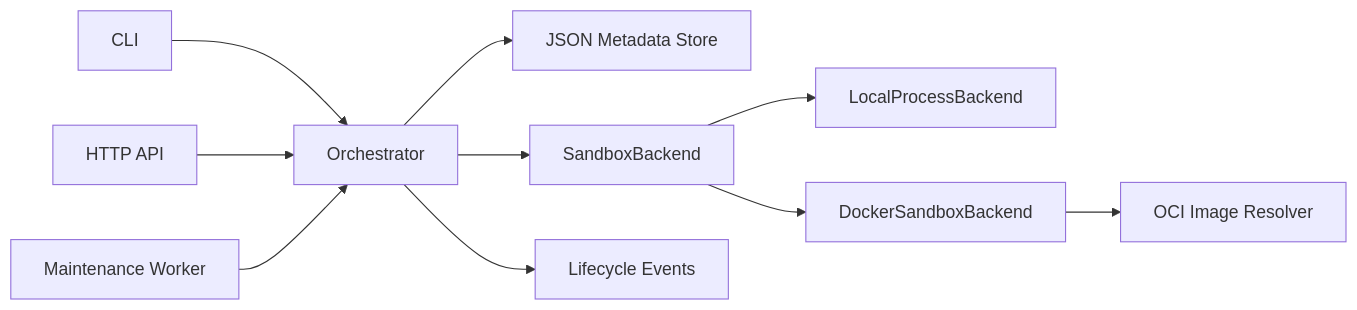
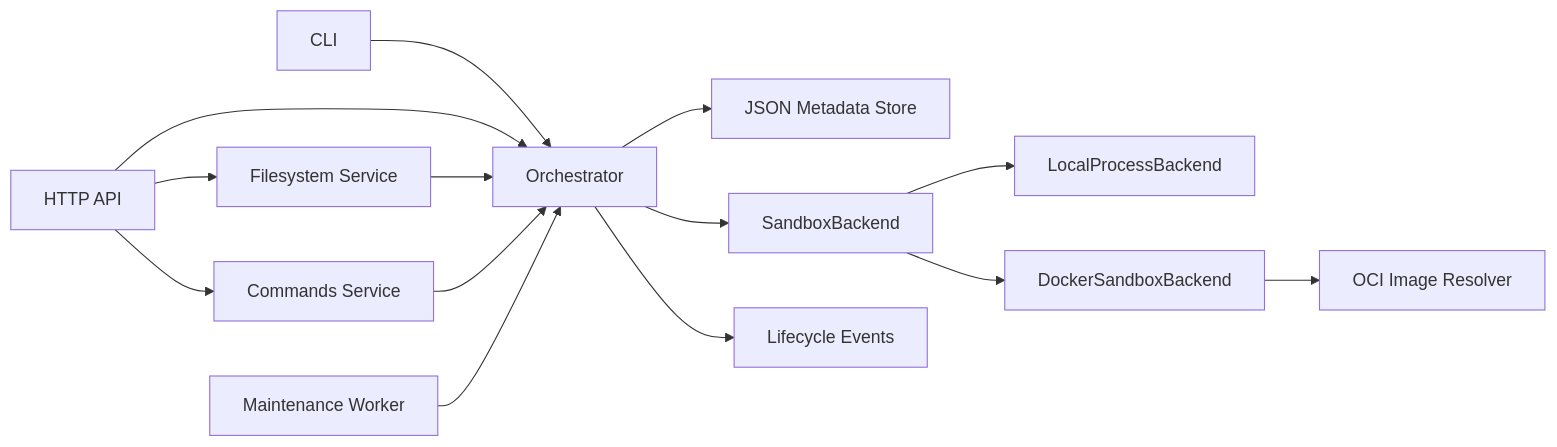
One commit to ge3m0r/agentenv-py changed the first of 2 diagrams in docs/architecture.md. Above: the diagram before and after it, drawn with Mermaid. The commit also changed other lines of this file and 10 other files, not shown here.

````diff
--- a/docs/architecture.md
+++ b/docs/architecture.md
@@ -5,12 +5,16 @@
 ```mermaid
 flowchart LR
     CLI["CLI"] --> O["Orchestrator"]
     API["HTTP API"] --> O
+    API --> F["Filesystem Service"]
+    API --> C["Commands Service"]
+    F --> O
+    C --> O
     O --> S["JSON Metadata Store"]
     O --> B["SandboxBackend"]
     B --> L["LocalProcessBackend"]
     B --> D["DockerSandboxBackend"]
     D --> OCI["OCI Image Resolver"]
     O --> E["Lifecycle Events"]
     M["Maintenance Worker"] --> O
 ```
````
